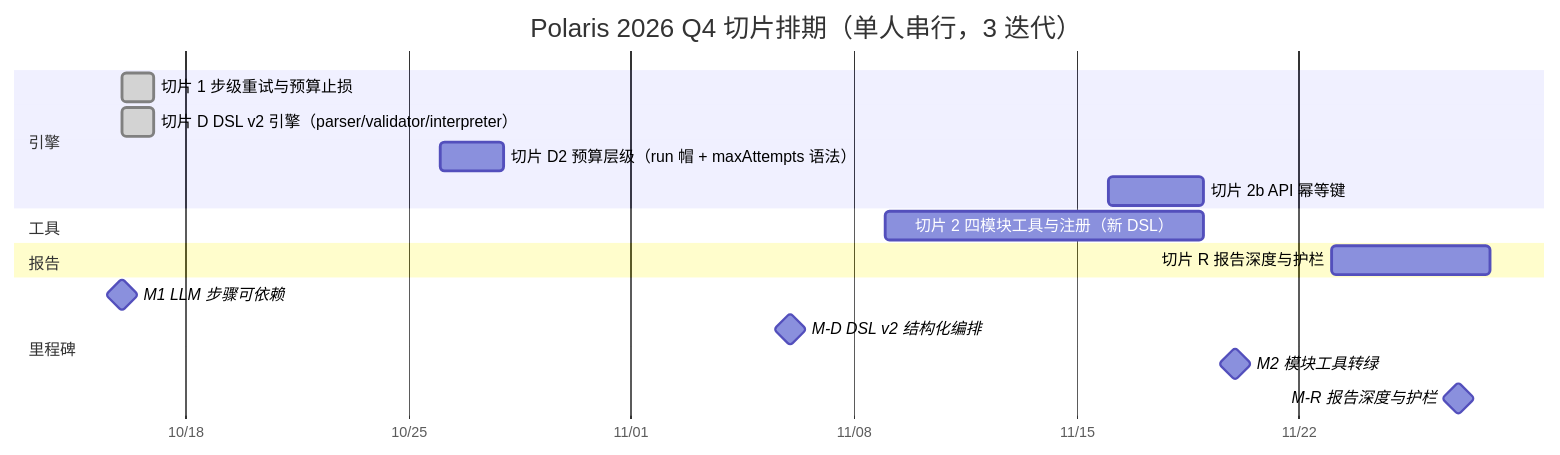
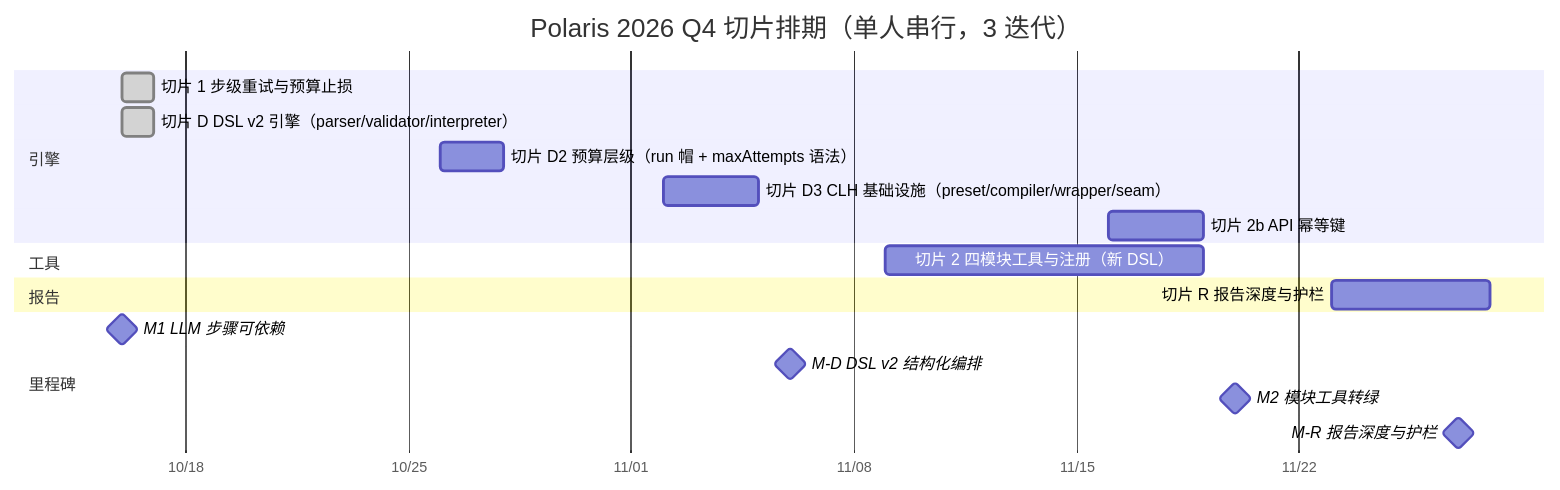
Before and after one commit to 55aaseclab/Polaris: the diagram in apps/docs/site/development/roadmap.md, drawn with Mermaid. The commit also changed other lines of this file, not shown here.

````diff
--- a/apps/docs/site/development/roadmap.md
+++ b/apps/docs/site/development/roadmap.md
@@ -78,20 +81,21 @@
 ```mermaid
 gantt
     title Polaris 2026 Q4 切片排期（单人串行，3 迭代）
     dateFormat YYYY-MM-DD
     axisFormat %m/%d
     section 引擎
     切片 1 步级重试与预算止损 :done, a1, 2026-10-16, 1d
     切片 D DSL v2 引擎（parser/validator/interpreter） :done, a2, 2026-10-16, 1d
     切片 D2 预算层级（run 帽 + maxAttempts 语法） :a4, 2026-10-26, 2d
+    切片 D3 CLH 基础设施（preset/compiler/wrapper/seam） :a5, 2026-11-02, 3d
     切片 2b API 幂等键 :a3, 2026-11-16, 3d
     section 工具
     切片 2 四模块工具与注册（新 DSL） :b1, 2026-11-09, 10d
     section 报告
     切片 R 报告深度与护栏 :r1, 2026-11-23, 5d
     section 里程碑
     M1 LLM 步骤可依赖 :milestone, m1, 2026-10-16, 0d
     M-D DSL v2 结构化编排 :milestone, md, 2026-11-06, 0d
     M2 模块工具转绿 :milestone, m2, 2026-11-20, 0d
     M-R 报告深度与护栏 :milestone, mr, 2026-11-27, 0d
 ```
````
